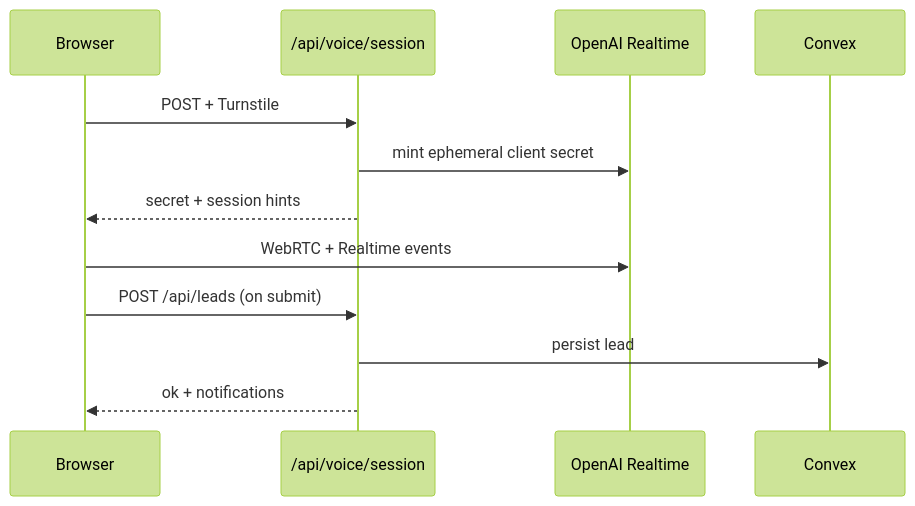
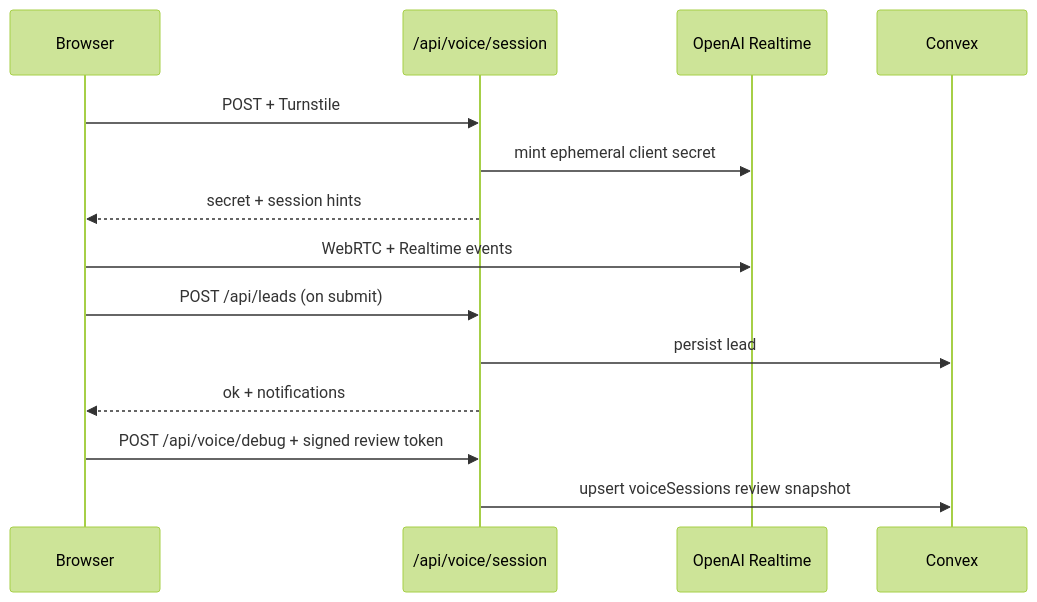
Before and after one commit to Biji-Biji-Initiative/oriental-website: the diagram in AGENTS.md, drawn with Mermaid (forest theme). The commit also changed other lines of this file and 48 other files, not shown here.

````diff
--- a/AGENTS.md
+++ b/AGENTS.md
@@ -143,15 +152,17 @@
 ```mermaid
 sequenceDiagram
   participant Browser
   participant API as /api/voice/session
   participant OpenAI as OpenAI Realtime
   participant Convex
 
   Browser->>API: POST + Turnstile
   API->>OpenAI: mint ephemeral client secret
   API-->>Browser: secret + session hints
   Browser->>OpenAI: WebRTC + Realtime events
   Browser->>API: POST /api/leads (on submit)
   API->>Convex: persist lead
   API-->>Browser: ok + notifications
+  Browser->>API: POST /api/voice/debug + signed review token
+  API->>Convex: upsert voiceSessions review snapshot
 ```
````
